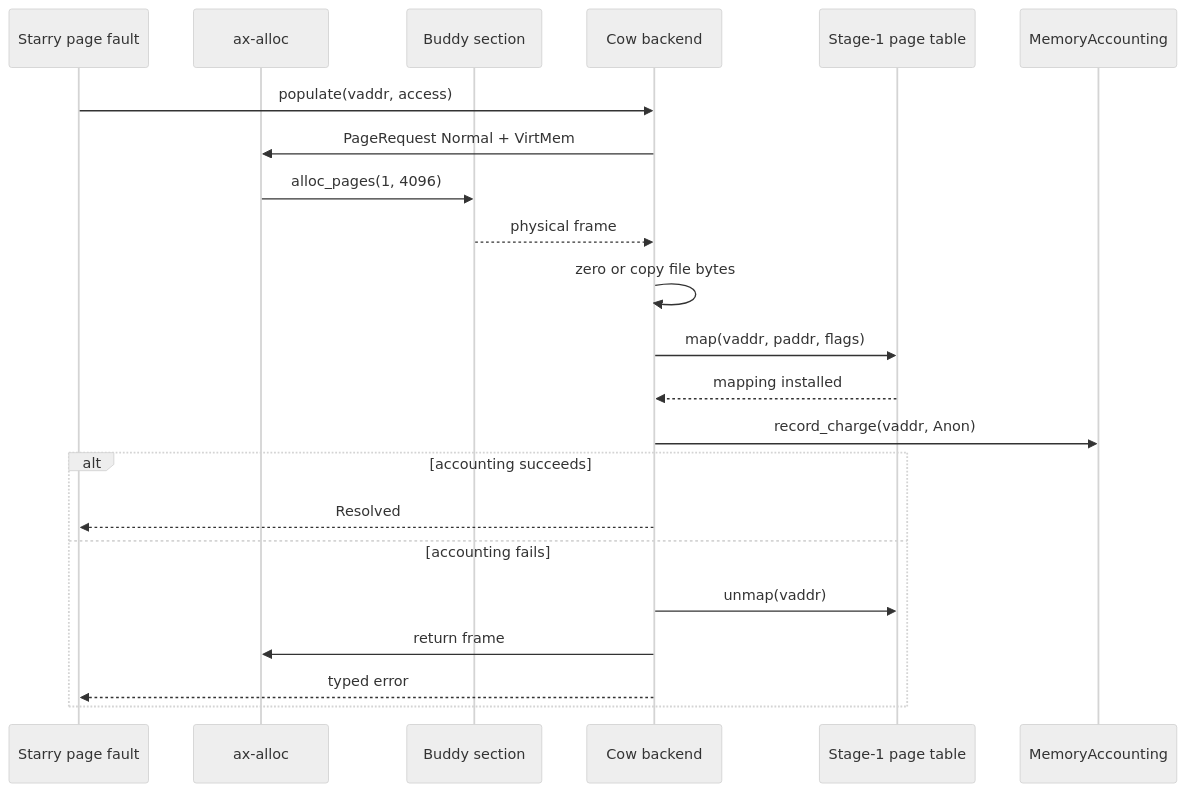
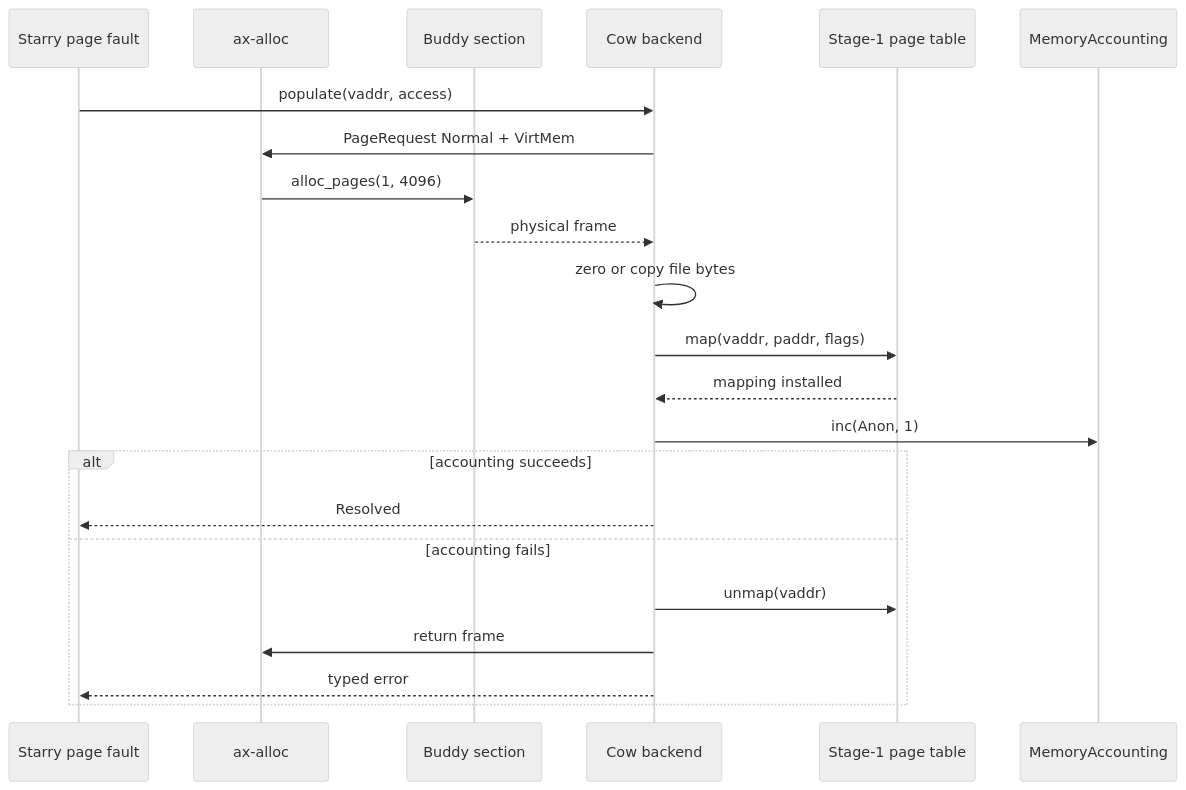
The third of 3 diagrams in docs/docs/architecture/memory/overview.md (rcore-os/tgoskits), drawn with Mermaid (neutral theme) before and after one commit. The commit also changed other lines of this file and 31 other files, not shown here.

````diff
--- a/docs/docs/architecture/memory/overview.md
+++ b/docs/docs/architecture/memory/overview.md
@@ -198,25 +198,25 @@
 ```mermaid
 sequenceDiagram
     participant Fault as Starry page fault
     participant Alloc as ax-alloc
     participant Buddy as Buddy section
     participant Backend as Cow backend
     participant PT as Stage-1 page table
     participant 常驻内存集大小 as MemoryAccounting
 
     Fault->>Backend: populate(vaddr, access)
     Backend->>Alloc: PageRequest Normal + VirtMem
     Alloc->>Buddy: alloc_pages(1, 4096)
     Buddy-->>Backend: physical frame
     Backend->>Backend: zero or copy file bytes
     Backend->>PT: map(vaddr, paddr, flags)
     PT-->>Backend: mapping installed
-    Backend->>常驻内存集大小: record_charge(vaddr, Anon)
+    Backend->>常驻内存集大小: inc(Anon, 1)
     alt accounting succeeds
         Backend-->>Fault: Resolved
     else accounting fails
         Backend->>PT: unmap(vaddr)
         Backend->>Alloc: return frame
         Backend-->>Fault: typed error
     end
 ```
````
